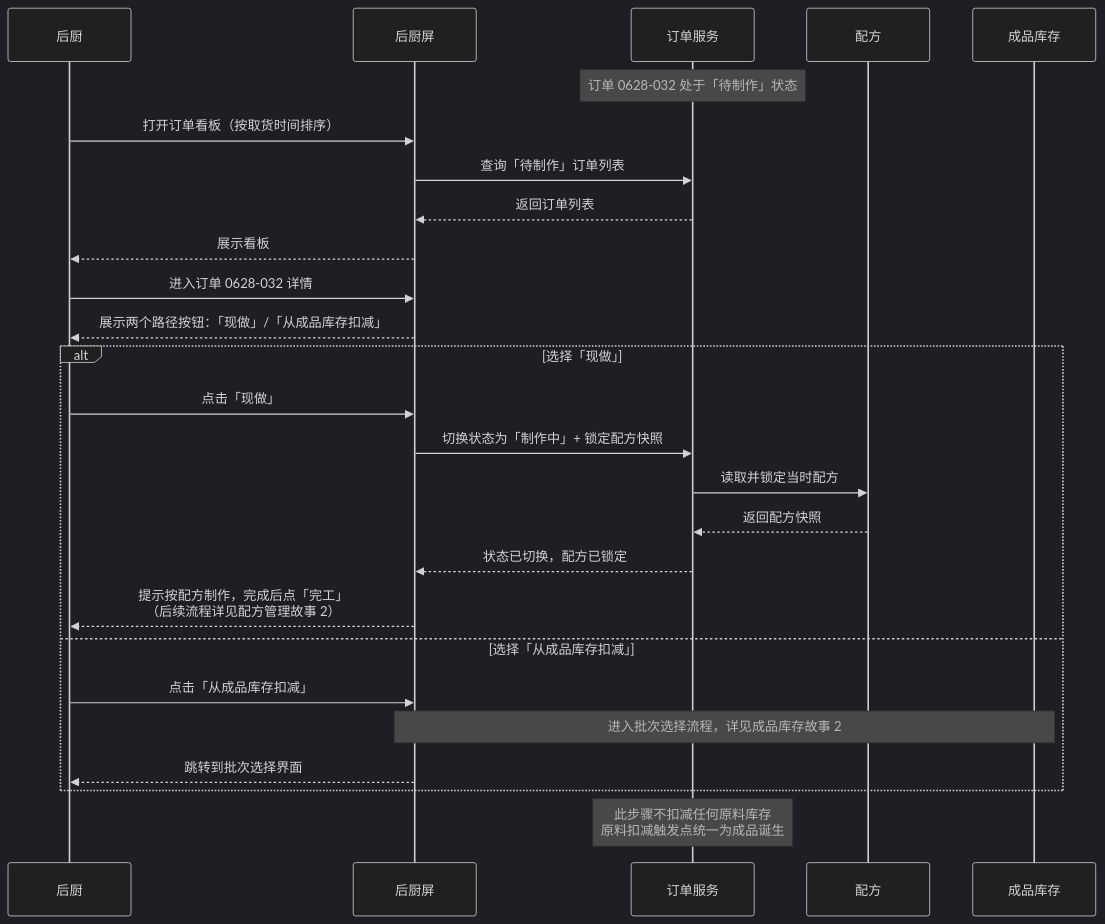
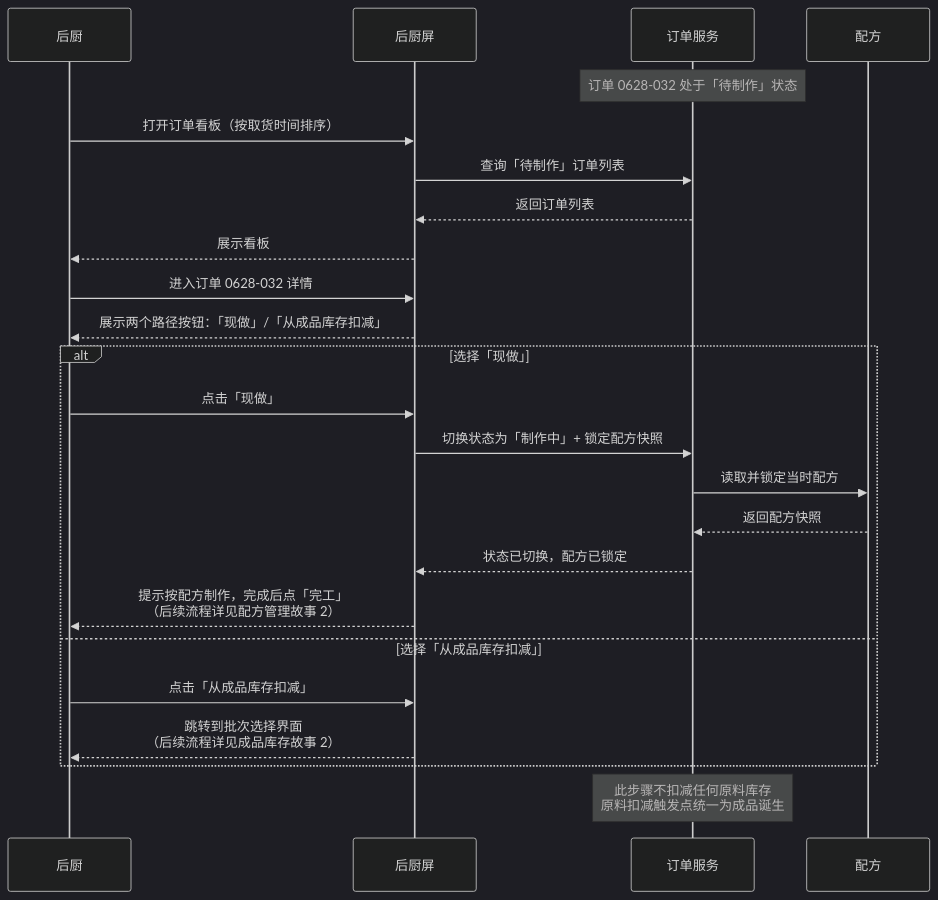
One commit to Antiqueeeee/cake-management changed the seventh of 32 diagrams in docs/时序图.md. Above: the diagram before and after it, drawn with Mermaid (dark theme). The commit also changed other lines of this file and 1 other file, not shown here.

````diff
--- a/docs/时序图.md
+++ b/docs/时序图.md
@@ -377,33 +377,31 @@
 ```mermaid
 sequenceDiagram
     participant 后厨
     participant 屏 as 后厨屏
     participant 订单 as 订单服务
     participant 配方
-    participant 成品 as 成品库存
 
     Note over 订单: 订单 0628-032 处于「待制作」状态
 
     后厨->>屏: 打开订单看板（按取货时间排序）
     屏->>订单: 查询「待制作」订单列表
     订单-->>屏: 返回订单列表
     屏-->>后厨: 展示看板
 
     后厨->>屏: 进入订单 0628-032 详情
     屏-->>后厨: 展示两个路径按钮：「现做」/「从成品库存扣减」
 
     alt 选择「现做」
         后厨->>屏: 点击「现做」
         屏->>订单: 切换状态为「制作中」+ 锁定配方快照
         订单->>配方: 读取并锁定当时配方
         配方-->>订单: 返回配方快照
         订单-->>屏: 状态已切换，配方已锁定
         屏-->>后厨: 提示按配方制作，完成后点「完工」<br/>（后续流程详见配方管理故事 2）
     else 选择「从成品库存扣减」
         后厨->>屏: 点击「从成品库存扣减」
-        Note over 屏,成品: 进入批次选择流程，详见成品库存故事 2
-        屏-->>后厨: 跳转到批次选择界面
+        屏-->>后厨: 跳转到批次选择界面<br/>（后续流程详见成品库存故事 2）
     end
 
     Note over 订单: 此步骤不扣减任何原料库存<br/>原料扣减触发点统一为成品诞生
 ```
````
